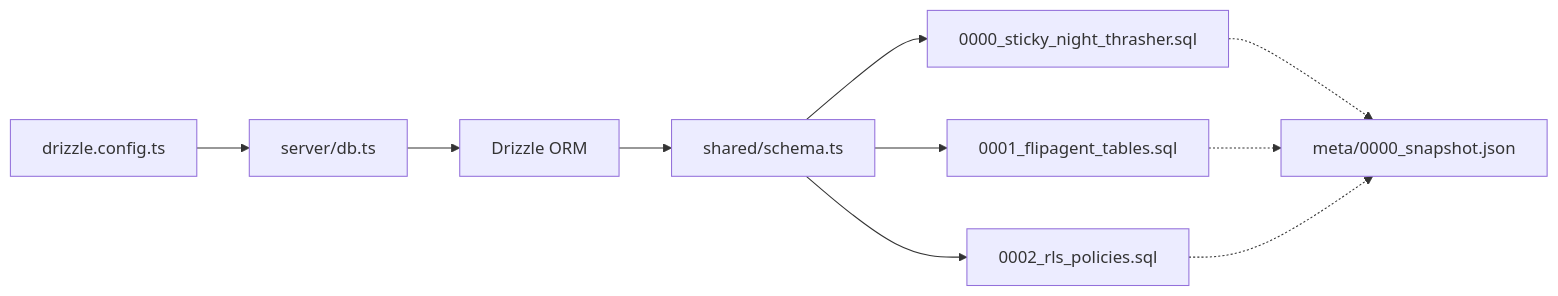
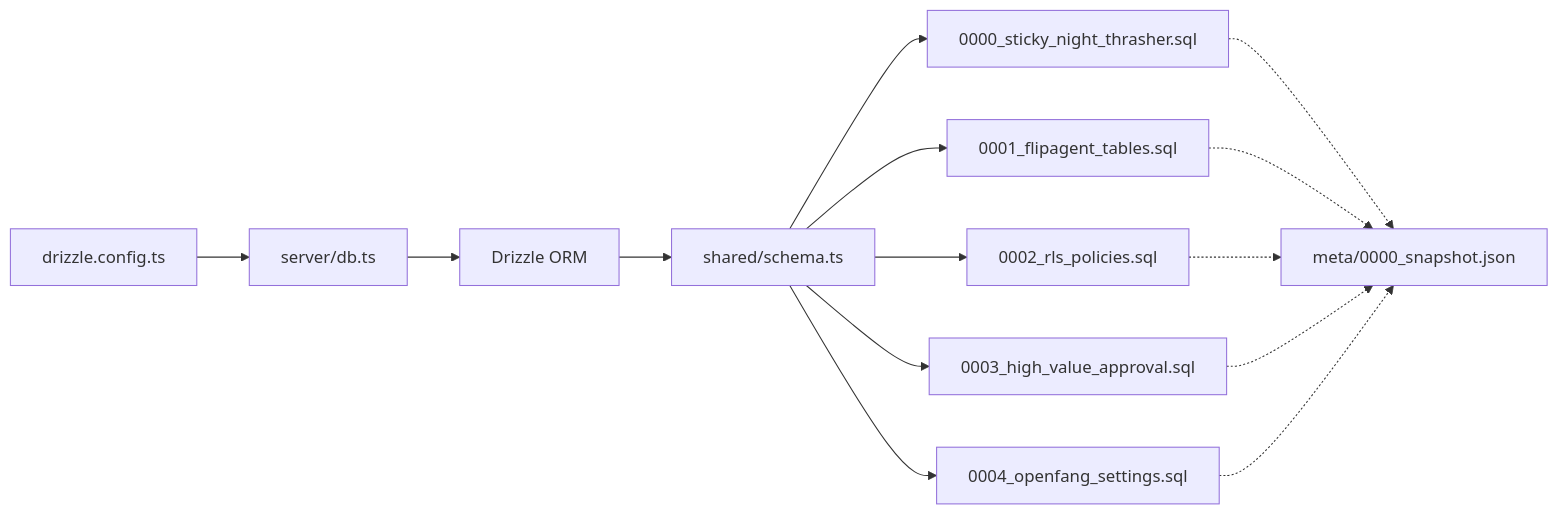
One commit to hunglevi87/Hidden-Gem changed the third of 3 diagrams in .qoder/repowiki/en/content/Data Management/Database Schema.md. Above: the diagram before and after it, drawn with Mermaid. The commit also changed other lines of this file and 5 other files, not shown here.

````diff
--- a/.qoder/repowiki/en/content/Data Management/Database Schema.md
+++ b/.qoder/repowiki/en/content/Data Management/Database Schema.md
@@ -616,12 +651,16 @@
 ```mermaid
 graph LR
 CFG["drizzle.config.ts"] --> DB["server/db.ts"]
 DB --> ORM["Drizzle ORM"]
 ORM --> SCHEMA["shared/schema.ts"]
 SCHEMA --> MIG0["0000_sticky_night_thrasher.sql"]
 SCHEMA --> MIG1["0001_flipagent_tables.sql"]
 SCHEMA --> MIG2["0002_rls_policies.sql"]
+SCHEMA --> MIG3["0003_high_value_approval.sql"]
+SCHEMA --> MIG4["0004_openfang_settings.sql"]
 MIG0 -.-> SNAP["meta/0000_snapshot.json"]
 MIG1 -.-> SNAP
 MIG2 -.-> SNAP
+MIG3 -.-> SNAP
+MIG4 -.-> SNAP
 ```
````
